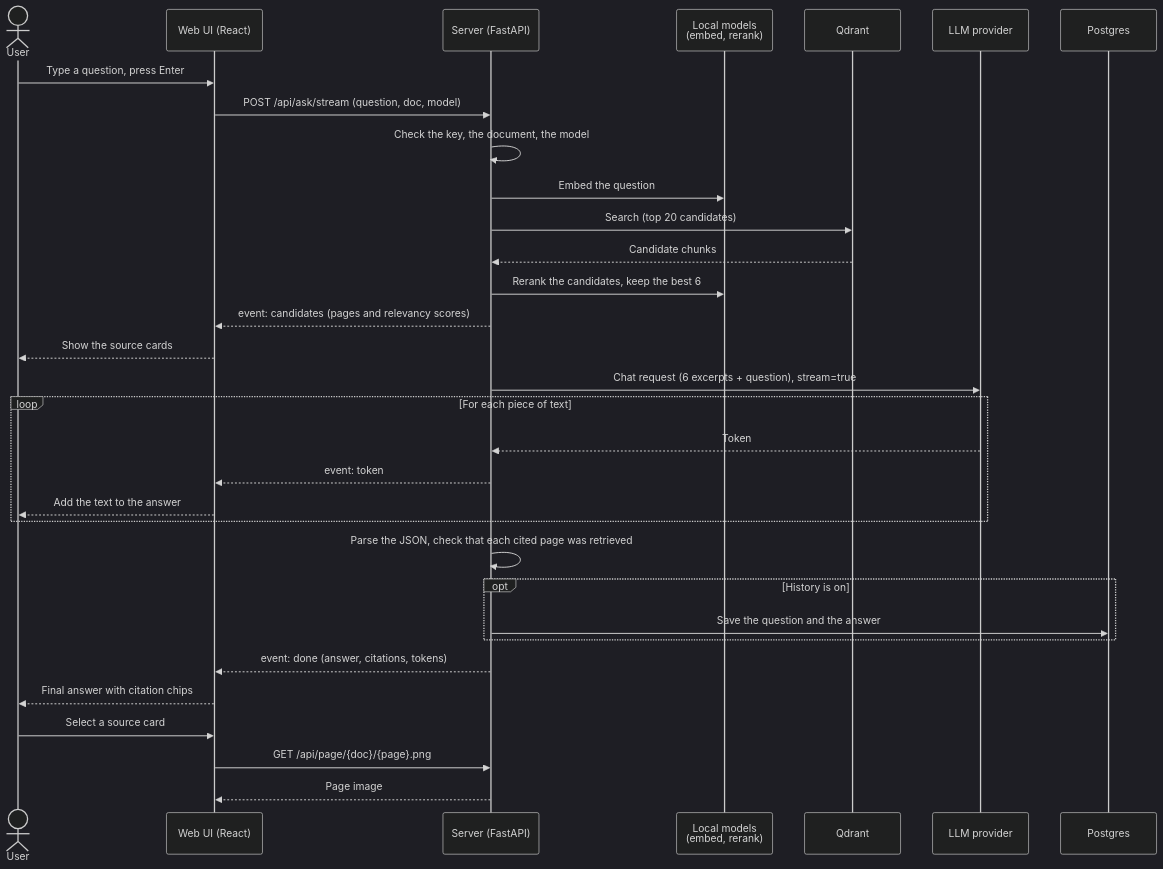
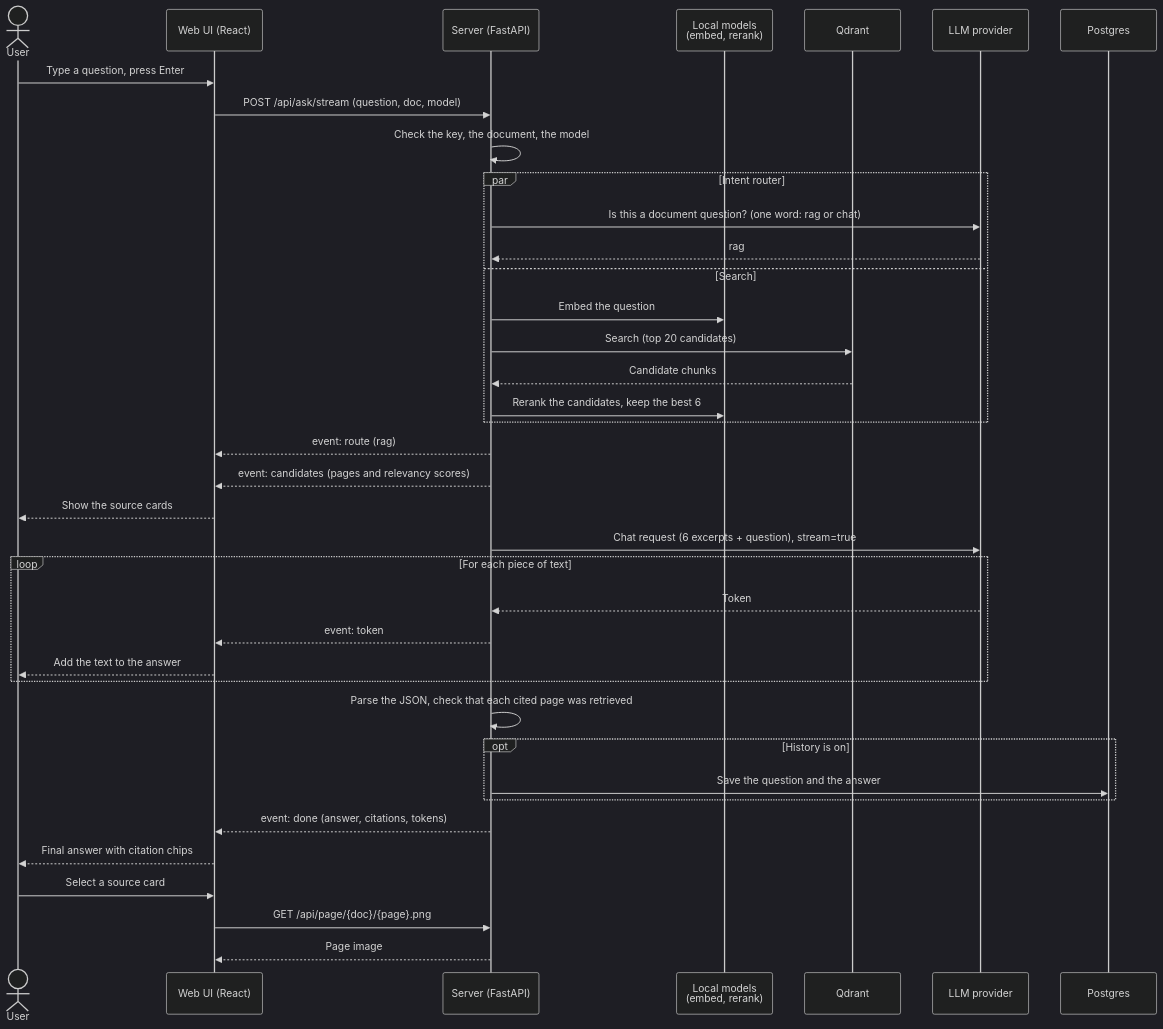
Before and after one commit to jerichosiahaya/doc-intelligence: the second of 3 diagrams in README.md, drawn with Mermaid (dark theme). The commit also changed other lines of this file and 13 other files, not shown here.

First line of the commit message:
Intent routing: greetings and small talk get a reply without a search

````diff
--- a/README.md
+++ b/README.md
@@ -221,35 +221,41 @@
 ```mermaid
 sequenceDiagram
     actor User
     participant UI as Web UI (React)
     participant API as Server (FastAPI)
     participant Emb as Local models<br/>(embed, rerank)
     participant Q as Qdrant
     participant LLM as LLM provider
     participant PG as Postgres
 
     User->>UI: Type a question, press Enter
     UI->>API: POST /api/ask/stream (question, doc, model)
     API->>API: Check the key, the document, the model
-    API->>Emb: Embed the question
-    API->>Q: Search (top 20 candidates)
-    Q-->>API: Candidate chunks
-    API->>Emb: Rerank the candidates, keep the best 6
+    par Intent router
+        API->>LLM: Is this a document question? (one word: rag or chat)
+        LLM-->>API: rag
+    and Search
+        API->>Emb: Embed the question
+        API->>Q: Search (top 20 candidates)
+        Q-->>API: Candidate chunks
+        API->>Emb: Rerank the candidates, keep the best 6
+    end
+    API-->>UI: event: route (rag)
     API-->>UI: event: candidates (pages and relevancy scores)
     UI-->>User: Show the source cards
     API->>LLM: Chat request (6 excerpts + question), stream=true
     loop For each piece of text
         LLM-->>API: Token
         API-->>UI: event: token
         UI-->>User: Add the text to the answer
     end
     API->>API: Parse the JSON, check that each cited page was retrieved
     opt History is on
         API->>PG: Save the question and the answer
     end
     API-->>UI: event: done (answer, citations, tokens)
     UI-->>User: Final answer with citation chips
     User->>UI: Select a source card
     UI->>API: GET /api/page/{doc}/{page}.png
     API-->>UI: Page image
 ```
````
